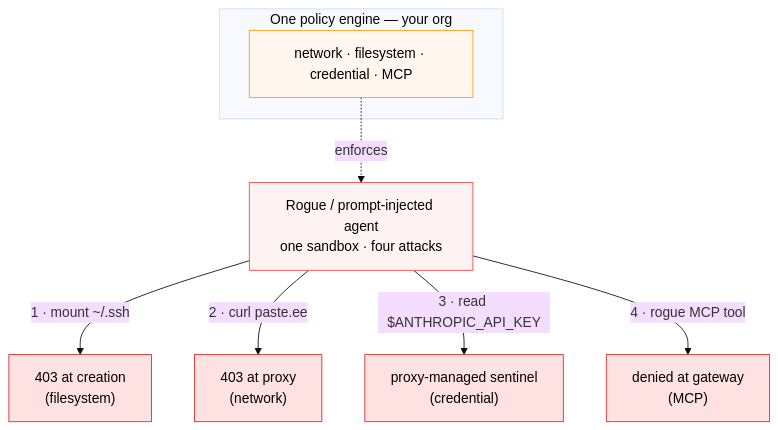
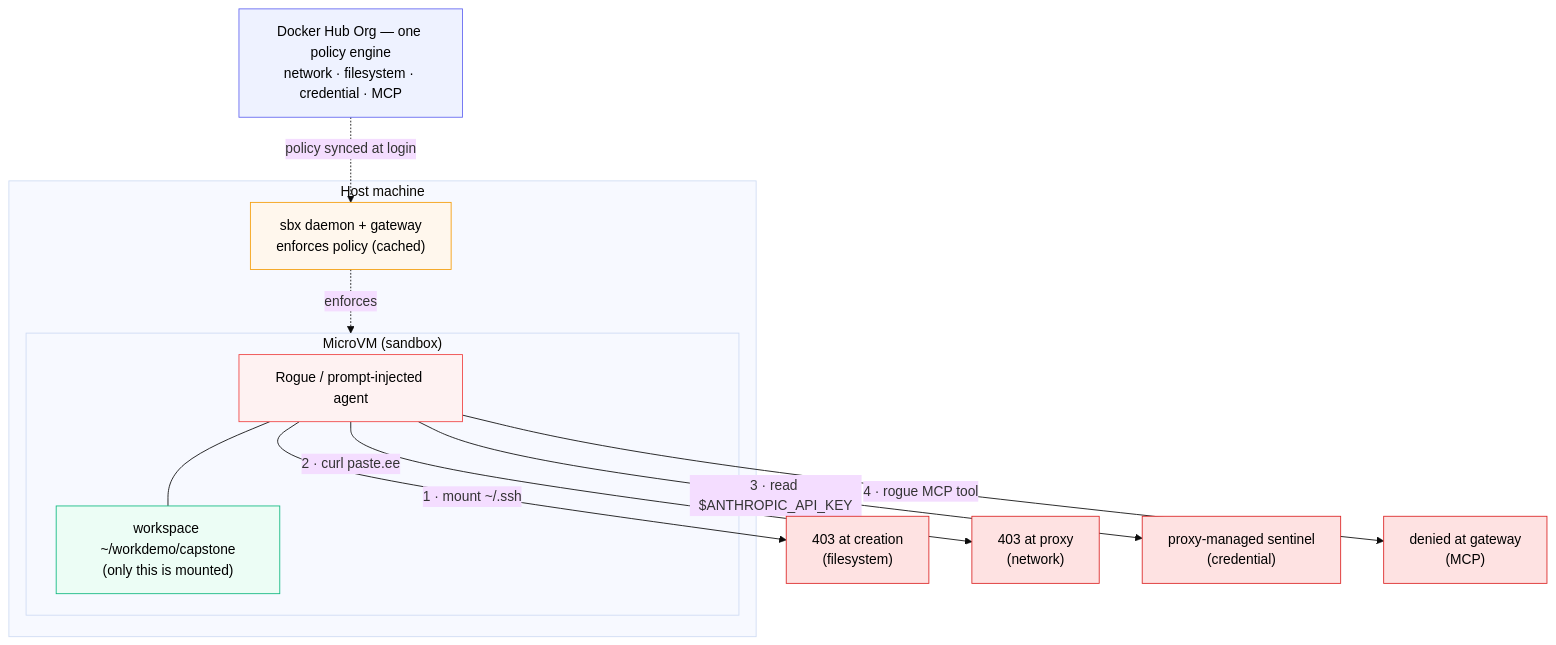
Before and after one commit to ajeetraina/labspace-docker-ai-governance: the diagram in labspace/13-end-to-end-governance.md, drawn with Mermaid (base theme). The commit also changed 6 other files, not shown here.

First line of the commit message:
Strengthen runtime diagrams: host, MicroVM, mounted workspace, policy

````diff
--- a/labspace/13-end-to-end-governance.md
+++ b/labspace/13-end-to-end-governance.md
@@ -3,19 +3,29 @@
 ```mermaid
 flowchart TB
-    subgraph ENGINE["One policy engine — your org"]
-        POL["network · filesystem · credential · MCP"]
+    HUB["Docker Hub Org — one policy engine<br/>network · filesystem · credential · MCP"]
+    subgraph HOST["Host machine"]
+        DAEMON["sbx daemon + gateway<br/>enforces policy (cached)"]
+        subgraph VM["MicroVM (sandbox)"]
+            ROGUE["Rogue / prompt-injected agent"]
+            WS["workspace ~/workdemo/capstone<br/>(only this is mounted)"]
+            ROGUE --- WS
+        end
     end
-    ROGUE["Rogue / prompt-injected agent<br/>one sandbox · four attacks"]
-    POL -. enforces .-> ROGUE
+    HUB -. "policy synced at login" .-> DAEMON
+    DAEMON -. enforces .-> VM
     ROGUE -->|"1 · mount ~/.ssh"| A1["403 at creation<br/>(filesystem)"]
     ROGUE -->|"2 · curl paste.ee"| A2["403 at proxy<br/>(network)"]
     ROGUE -->|"3 · read $ANTHROPIC_API_KEY"| A3["proxy-managed sentinel<br/>(credential)"]
     ROGUE -->|"4 · rogue MCP tool"| A4["denied at gateway<br/>(MCP)"]
 
-    classDef eng fill:#fff7ed,stroke:#f59e0b,color:#000
+    classDef hub fill:#eef2ff,stroke:#6366f1,color:#000
+    classDef pol fill:#fff7ed,stroke:#f59e0b,color:#000
+    classDef vm fill:#ecfdf5,stroke:#10b981,color:#000
     classDef rogue fill:#fef2f2,stroke:#ef4444,color:#000
     classDef deny fill:#fee2e2,stroke:#dc2626,color:#000
-    class POL eng
+    class HUB hub
+    class DAEMON pol
+    class WS vm
     class ROGUE rogue
     class A1,A2,A3,A4 deny
 ```
````
